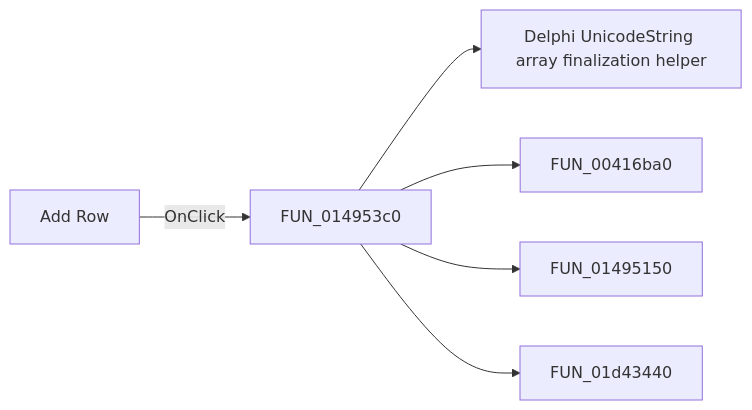
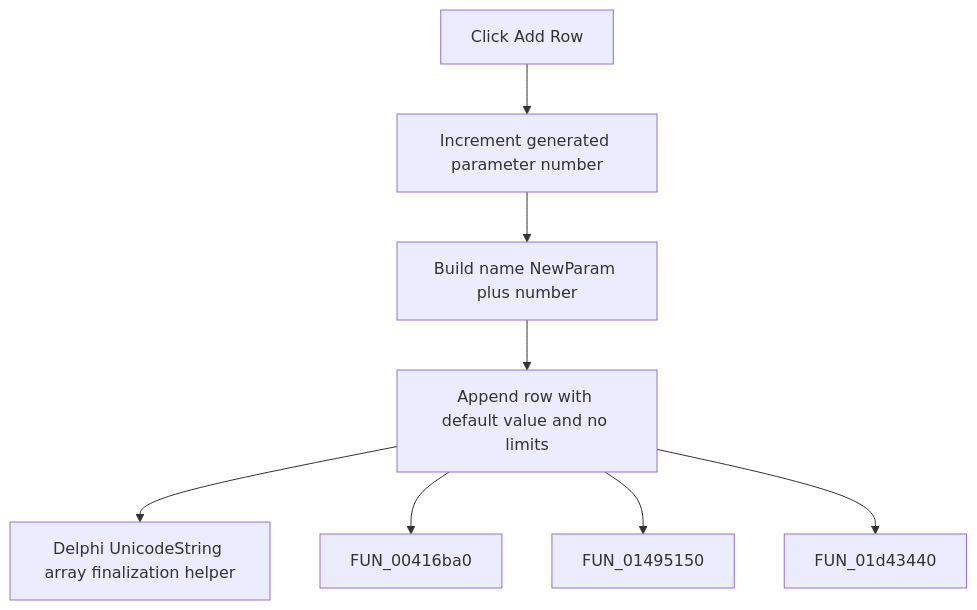
One commit to MovGP0/TIARA changed the diagram in docs/ui-controls/frmdesigntool/sbaddrow-b136c4376b.md. Above: the diagram before and after it, drawn with Mermaid. The commit also changed other lines of this file and 387 other files, not shown here.

````diff
--- a/docs/ui-controls/frmdesigntool/sbaddrow-b136c4376b.md
+++ b/docs/ui-controls/frmdesigntool/sbaddrow-b136c4376b.md
@@ -27,8 +27,10 @@
 ```mermaid
-flowchart LR
-    control["Add Row"] -->|OnClick| handler["FUN_014953c0"]
+flowchart TD
+    control["Click Add Row"] --> number["Increment generated parameter number"]
+    number --> name["Build name NewParam plus number"]
+    name --> handler["Append row with default value and no limits"]
     handler --> call1["Delphi UnicodeString array finalization helper"]
     handler --> call2["FUN_00416ba0"]
     handler --> call3["FUN_01495150"]
     handler --> call4["FUN_01d43440"]
 ```
````
